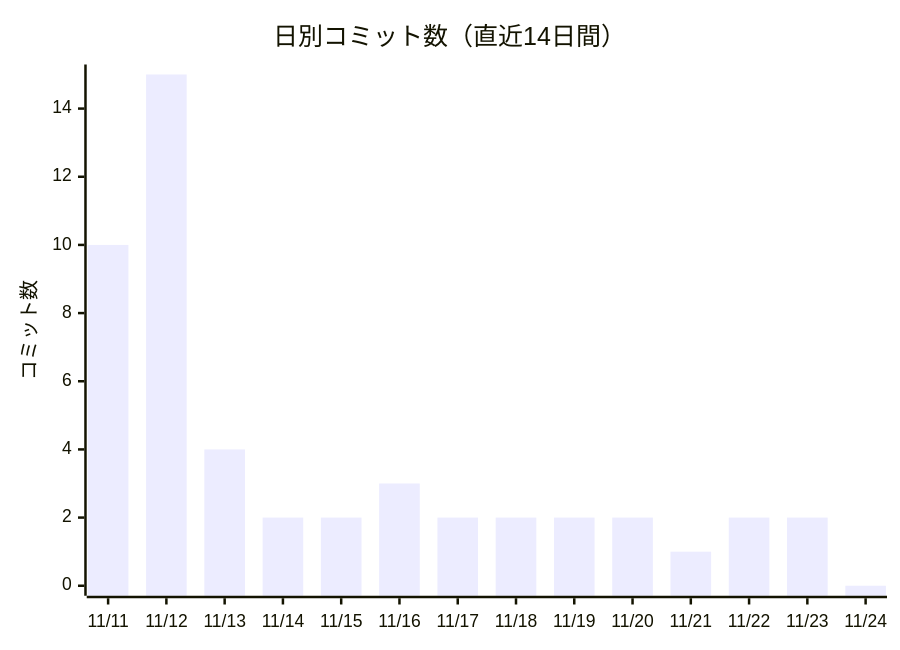
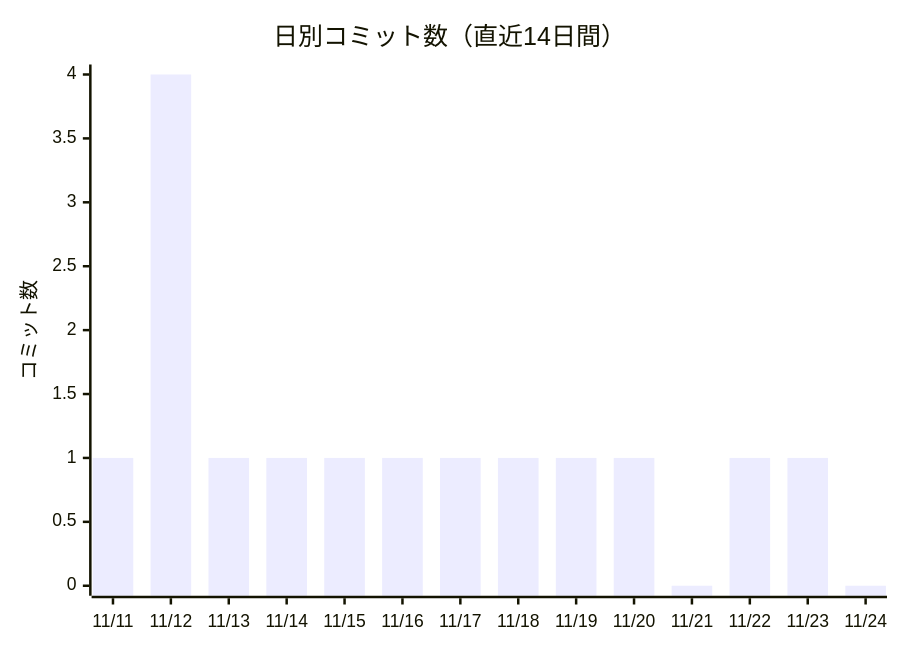
One commit to non-x2/non-x2 changed the first of 2 diagrams in docs/進化レポート.md. Above: the diagram before and after it, drawn with Mermaid. The commit also changed other lines of this file and 1 other file, not shown here.

````diff
--- a/docs/進化レポート.md
+++ b/docs/進化レポート.md
@@ -25,7 +25,7 @@
 ```mermaid
 xychart-beta
     title "日別コミット数（直近14日間）"
     x-axis ["11/11", "11/12", "11/13", "11/14", "11/15", "11/16", "11/17", "11/18", "11/19", "11/20", "11/21", "11/22", "11/23", "11/24"]
     y-axis "コミット数"
-    bar [10, 15, 4, 2, 2, 3, 2, 2, 2, 2, 1, 2, 2, 0]
+    bar [1, 4, 1, 1, 1, 1, 1, 1, 1, 1, 0, 1, 1, 0]
 ```
````
